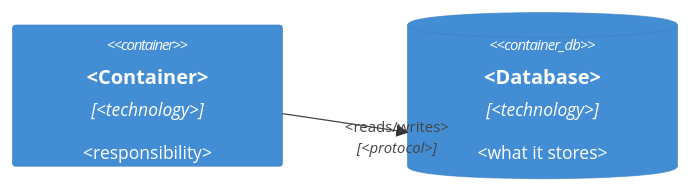
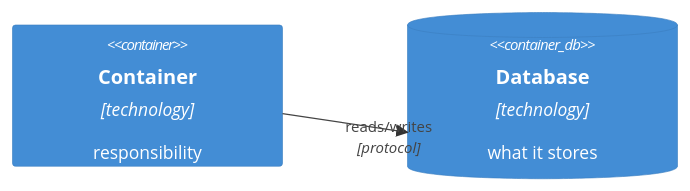
Before and after one commit to vuonglq01685/strata-kb: the second of 2 diagrams in src/center_kb/templates/init/mission-template.md, drawn with Mermaid. The commit also changed other lines of this file and 2 other files, not shown here.

````diff
--- a/src/center_kb/templates/init/mission-template.md
+++ b/src/center_kb/templates/init/mission-template.md
@@ -25,6 +27,6 @@
 ```mermaid
 C4Container
-  Container(app, "<Container>", "<technology>", "<responsibility>")
-  ContainerDb(db, "<Database>", "<technology>", "<what it stores>")
-  Rel(app, db, "<reads/writes>", "<protocol>")
+  Container(app, "Container", "technology", "responsibility")
+  ContainerDb(db, "Database", "technology", "what it stores")
+  Rel(app, db, "reads/writes", "protocol")
 ```
````
